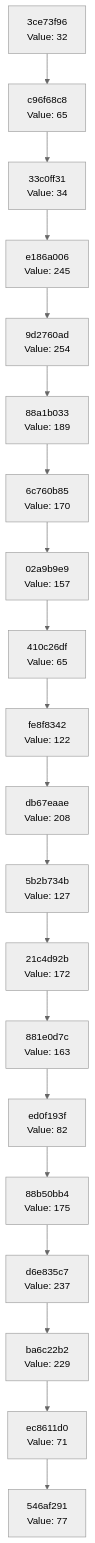
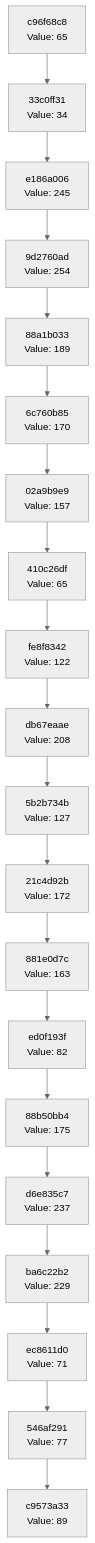
One commit to Abhisheksinha1506/hash-chain-evolver changed the diagram in docs/CHAIN_VISUALIZATION.md. Above: the diagram before and after it, drawn with Mermaid (neutral theme). The commit also changed 2 other files, not shown here.

Commit message:
Evolution step: hash 0x59 → action executed

````diff
--- a/docs/CHAIN_VISUALIZATION.md
+++ b/docs/CHAIN_VISUALIZATION.md
@@ -3,42 +3,42 @@
 ```mermaid
 graph TD
-    C0["546af291<br/>Value: 77"]
-    C1["ec8611d0<br/>Value: 71"]
+    C0["c9573a33<br/>Value: 89"]
+    C1["546af291<br/>Value: 77"]
     C1 --> C0
-    C2["ba6c22b2<br/>Value: 229"]
+    C2["ec8611d0<br/>Value: 71"]
     C2 --> C1
-    C3["d6e835c7<br/>Value: 237"]
+    C3["ba6c22b2<br/>Value: 229"]
     C3 --> C2
-    C4["88b50bb4<br/>Value: 175"]
+    C4["d6e835c7<br/>Value: 237"]
     C4 --> C3
-    C5["ed0f193f<br/>Value: 82"]
+    C5["88b50bb4<br/>Value: 175"]
     C5 --> C4
-    C6["881e0d7c<br/>Value: 163"]
+    C6["ed0f193f<br/>Value: 82"]
     C6 --> C5
-    C7["21c4d92b<br/>Value: 172"]
+    C7["881e0d7c<br/>Value: 163"]
     C7 --> C6
-    C8["5b2b734b<br/>Value: 127"]
+    C8["21c4d92b<br/>Value: 172"]
     C8 --> C7
-    C9["db67eaae<br/>Value: 208"]
+    C9["5b2b734b<br/>Value: 127"]
     C9 --> C8
-    C10["fe8f8342<br/>Value: 122"]
+    C10["db67eaae<br/>Value: 208"]
     C10 --> C9
-    C11["410c26df<br/>Value: 65"]
+    C11["fe8f8342<br/>Value: 122"]
     C11 --> C10
-    C12["02a9b9e9<br/>Value: 157"]
+    C12["410c26df<br/>Value: 65"]
     C12 --> C11
-    C13["6c760b85<br/>Value: 170"]
+    C13["02a9b9e9<br/>Value: 157"]
     C13 --> C12
-    C14["88a1b033<br/>Value: 189"]
+    C14["6c760b85<br/>Value: 170"]
     C14 --> C13
-    C15["9d2760ad<br/>Value: 254"]
+    C15["88a1b033<br/>Value: 189"]
     C15 --> C14
-    C16["e186a006<br/>Value: 245"]
+    C16["9d2760ad<br/>Value: 254"]
     C16 --> C15
-    C17["33c0ff31<br/>Value: 34"]
+    C17["e186a006<br/>Value: 245"]
     C17 --> C16
-    C18["c96f68c8<br/>Value: 65"]
+    C18["33c0ff31<br/>Value: 34"]
     C18 --> C17
-    C19["3ce73f96<br/>Value: 32"]
+    C19["c96f68c8<br/>Value: 65"]
     C19 --> C18
 ```
````
